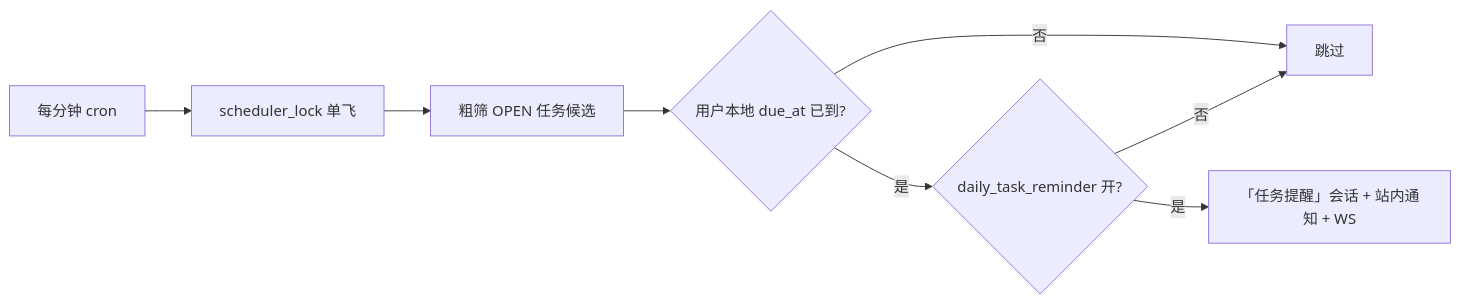
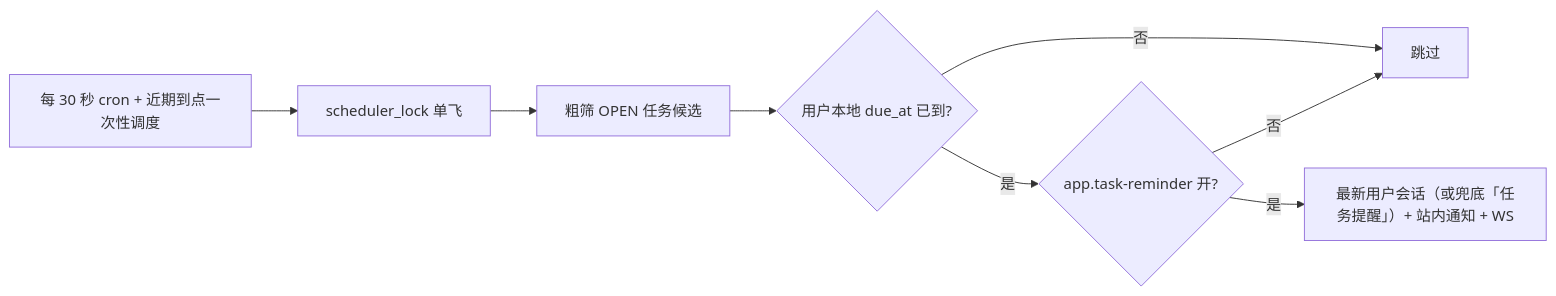
The second of 3 diagrams in md文档/AI对话与助手任务-流程说明.md (redspiderAI/ai_gp), drawn with Mermaid before and after one commit. The commit also changed other lines of this file and 43 other files, not shown here.

````diff
--- a/md文档/AI对话与助手任务-流程说明.md
+++ b/md文档/AI对话与助手任务-流程说明.md
@@ -104,10 +114,10 @@
 ```mermaid
 flowchart LR
-    T[每分钟 cron] --> L[scheduler_lock 单飞]
+    T[每 30 秒 cron + 近期到点一次性调度] --> L[scheduler_lock 单飞]
     L --> U[粗筛 OPEN 任务候选]
     U --> Z{用户本地 due_at 已到?}
     Z -->|否| W[跳过]
-    Z -->|是| V{daily_task_reminder 开?}
+    Z -->|是| V{app.task-reminder 开?}
     V -->|否| W
-    V -->|是| X[「任务提醒」会话 + 站内通知 + WS]
+    V -->|是| X[最新用户会话（或兜底「任务提醒」）+ 站内通知 + WS]
 ```
````
